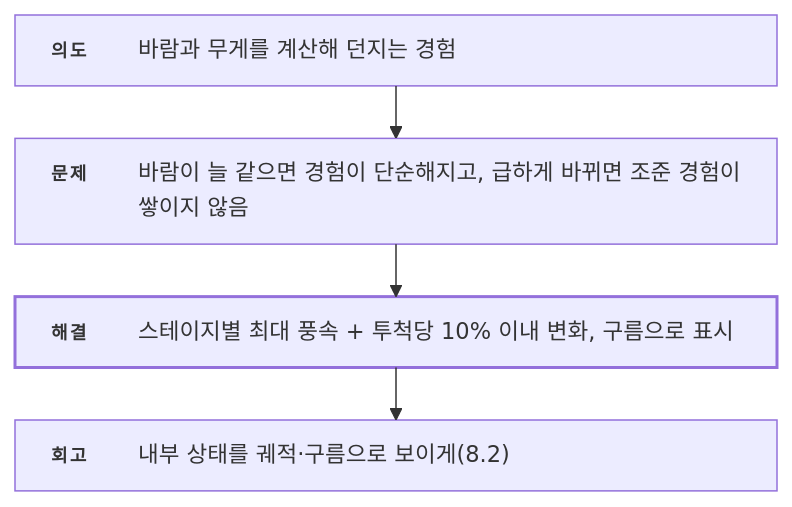
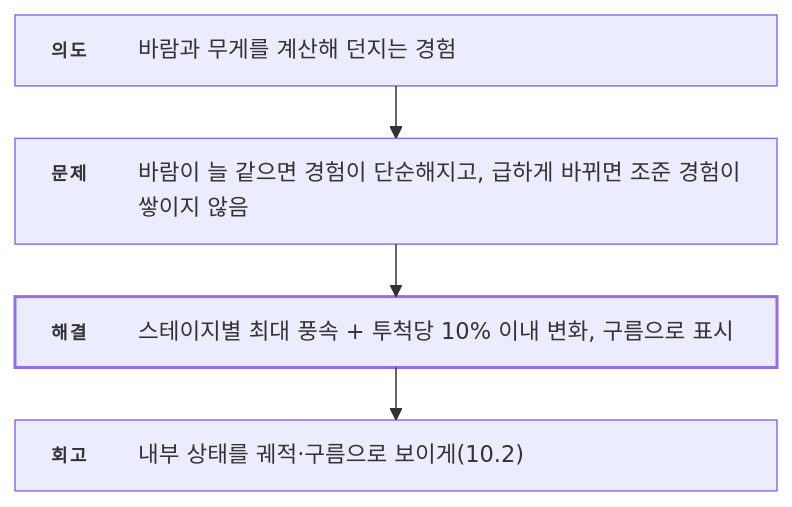
The fourth of 7 diagrams in src/2-project-babel/기술문서.md (ashadeveloperr/ashadeveloperr.github.io), drawn with Mermaid before and after one commit. The commit also changed other lines of this file and 8 other files, not shown here.

````diff
--- a/src/2-project-babel/기술문서.md
+++ b/src/2-project-babel/기술문서.md
@@ -226,18 +202,18 @@
 ```mermaid
 ---
 config:
   layout: elk
   flowchart:
     wrappingWidth: 520
     padding: 12
 ---
 flowchart TB
   %% feature-flow — _local/flow-diagrams.py가 만듦
   I["<div style='width:460px;display:flex;gap:14px;align-items:baseline;text-align:left;white-space:normal'><span style='flex:0 0 44px;padding-top:2px;font-size:12px;font-weight:700;letter-spacing:.12em;color:var(--accent-ink)'>의도</span><span style='flex:1;font-size:15px;line-height:1.55;color:var(--ink)'>바람과 무게를 계산해 던지는 경험</span></div>"]
   P["<div style='width:460px;display:flex;gap:14px;align-items:baseline;text-align:left;white-space:normal'><span style='flex:0 0 44px;padding-top:2px;font-size:12px;font-weight:700;letter-spacing:.12em;color:var(--accent-ink)'>문제</span><span style='flex:1;font-size:15px;line-height:1.55;color:var(--ink)'>바람이 늘 같으면 경험이 단순해지고, 급하게 바뀌면 조준 경험이 쌓이지 않음</span></div>"]
   S["<div style='width:460px;display:flex;gap:14px;align-items:baseline;text-align:left;white-space:normal'><span style='flex:0 0 44px;padding-top:2px;font-size:12px;font-weight:700;letter-spacing:.12em;color:var(--accent-ink)'>해결</span><span style='flex:1;font-size:15px;line-height:1.55;color:var(--ink)'>스테이지별 최대 풍속 + 투척당 10% 이내 변화, 구름으로 표시</span></div>"]
-  R["<div style='width:460px;display:flex;gap:14px;align-items:baseline;text-align:left;white-space:normal'><span style='flex:0 0 44px;padding-top:2px;font-size:12px;font-weight:700;letter-spacing:.12em;color:var(--accent-ink)'>회고</span><span style='flex:1;font-size:15px;line-height:1.55;color:var(--ink)'>내부 상태를 궤적·구름으로 보이게(8.2)</span></div>"]
+  R["<div style='width:460px;display:flex;gap:14px;align-items:baseline;text-align:left;white-space:normal'><span style='flex:0 0 44px;padding-top:2px;font-size:12px;font-weight:700;letter-spacing:.12em;color:var(--accent-ink)'>회고</span><span style='flex:1;font-size:15px;line-height:1.55;color:var(--ink)'>내부 상태를 궤적·구름으로 보이게(10.2)</span></div>"]
   I --> P --> S --> R
   classDef key stroke-width:2px
   class S key
 ```
````
